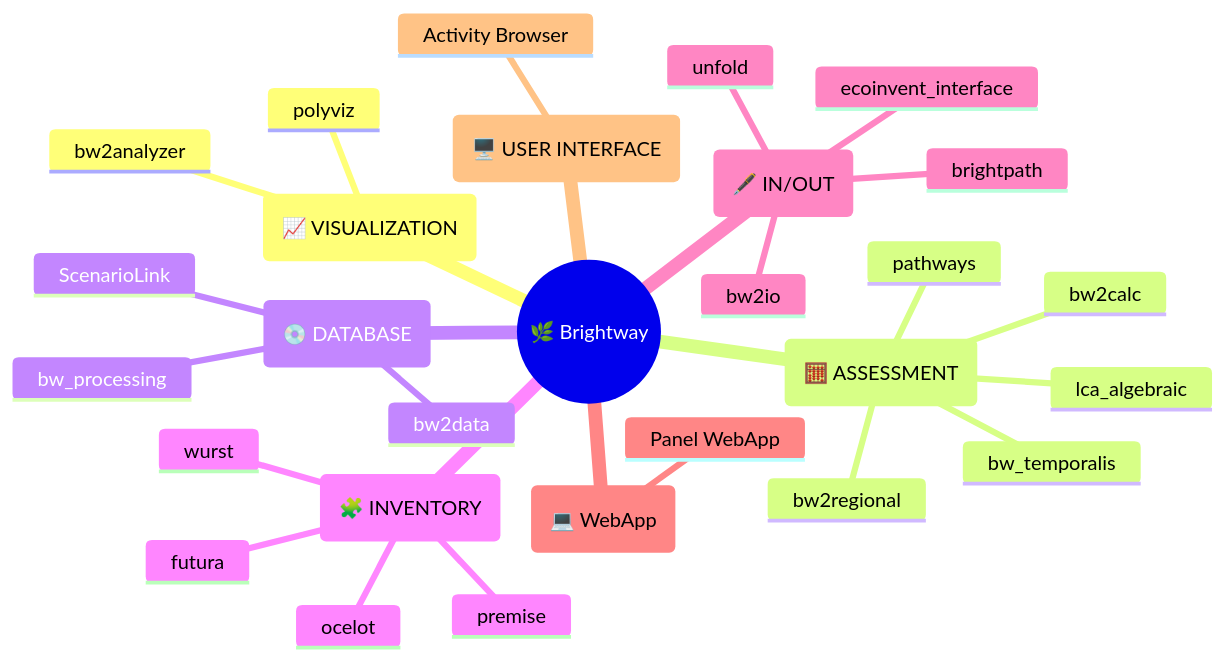
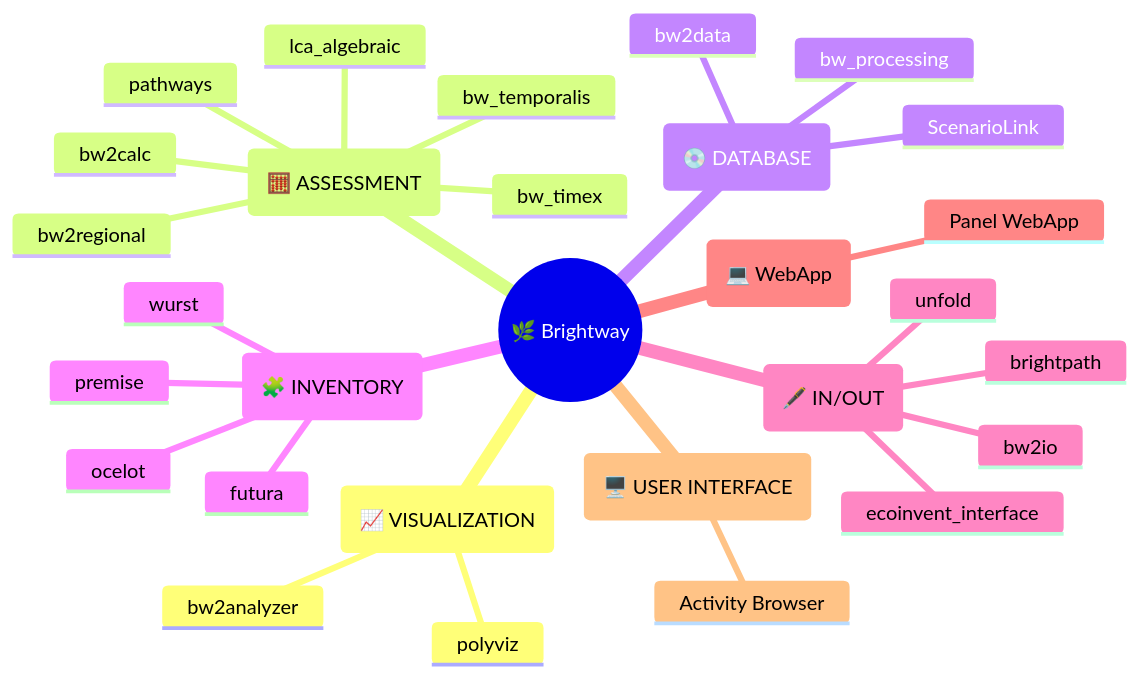
The diagram in source/content/overview/ecosystem.md (brightway-lca/brightway-documentation), drawn with Mermaid before and after one commit. The commit also changed other lines of this file, not shown here.

Commit message:
add timex to mindmap and update description

````diff
--- a/source/content/overview/ecosystem.md
+++ b/source/content/overview/ecosystem.md
@@ -5,31 +5,32 @@
 ```{mermaid}
 mindmap
   root((🌿 Brightway))
     id(📈 VISUALIZATION)
         bw2analyzer
         polyviz
     id(🧮 ASSESSMENT)
         bw2calc
         bw_temporalis
         bw2regional
         lca_algebraic
         pathways
+        bw_timex
     id(💿 DATABASE)
         bw2data
         bw_processing
         ScenarioLink
     id(🧩 INVENTORY)
         ocelot
         wurst
         futura
         premise
     id(🖋️ IN/OUT)
         bw2io
         ecoinvent_interface
         brightpath
         unfold
     id(💻 WebApp)
         Panel WebApp
     id(🖥️ USER INTERFACE)
        Activity Browser
 ```
````
